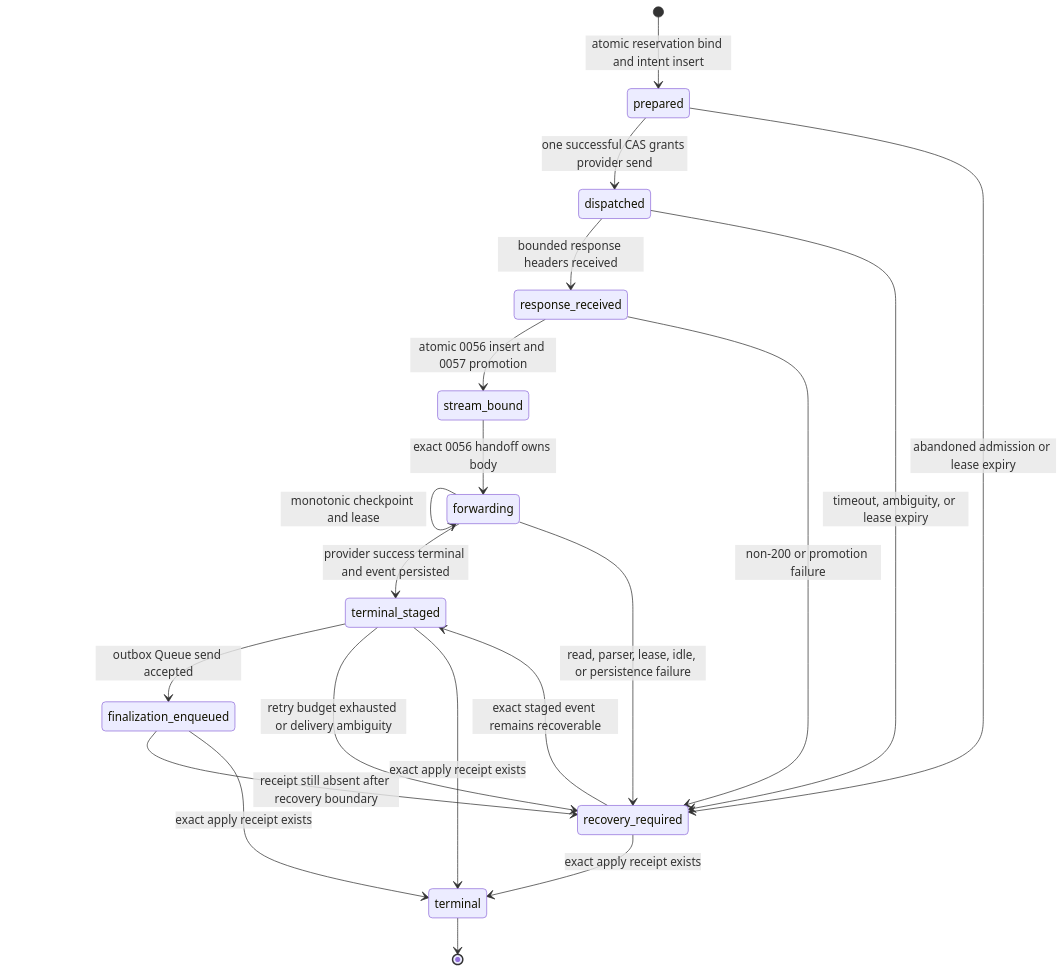
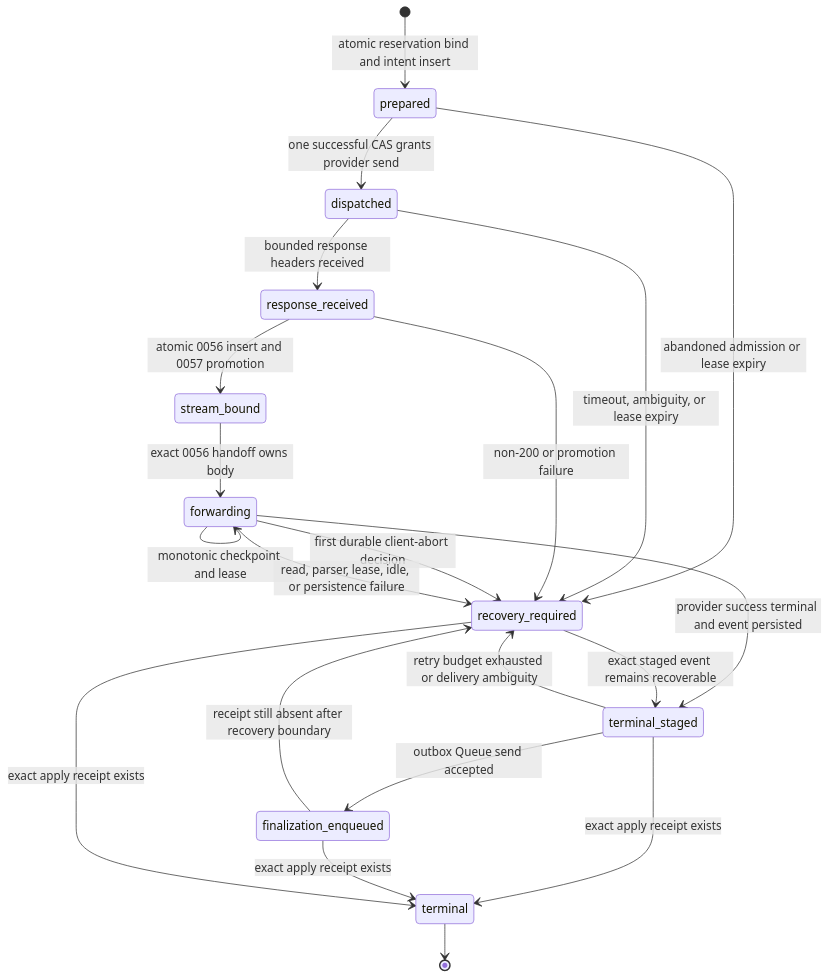
The diagram in docs/relay-http-stream-durable-handoff.md (cinagroup/cinatoken-rust), drawn with Mermaid before and after one commit. The commit also changed other lines of this file and 30 other files, not shown here.

````diff
--- a/docs/relay-http-stream-durable-handoff.md
+++ b/docs/relay-http-stream-durable-handoff.md
@@ -73,22 +77,23 @@
 ```mermaid
 stateDiagram-v2
     [*] --> prepared: atomic reservation bind and intent insert
     prepared --> dispatched: one successful CAS grants provider send
     prepared --> recovery_required: abandoned admission or lease expiry
     dispatched --> response_received: bounded response headers received
     dispatched --> recovery_required: timeout, ambiguity, or lease expiry
     response_received --> stream_bound: atomic 0056 insert and 0057 promotion
     response_received --> recovery_required: non-200 or promotion failure
     stream_bound --> forwarding: exact 0056 handoff owns body
     forwarding --> forwarding: monotonic checkpoint and lease
+    forwarding --> recovery_required: first durable client-abort decision
     forwarding --> terminal_staged: provider success terminal and event persisted
     forwarding --> recovery_required: read, parser, lease, idle, or persistence failure
     terminal_staged --> finalization_enqueued: outbox Queue send accepted
     terminal_staged --> recovery_required: retry budget exhausted or delivery ambiguity
     finalization_enqueued --> recovery_required: receipt still absent after recovery boundary
     recovery_required --> terminal_staged: exact staged event remains recoverable
     terminal_staged --> terminal: exact apply receipt exists
     finalization_enqueued --> terminal: exact apply receipt exists
     recovery_required --> terminal: exact apply receipt exists
     terminal --> [*]
 ```
````
